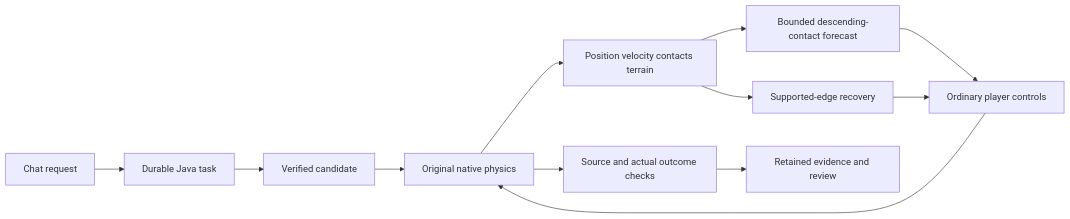
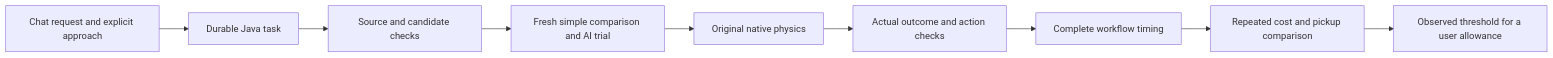
Before and after one commit to eyeoverthink/Fraynix-Agent-Workspace: the diagram in README.md, drawn with Mermaid. The commit also changed other lines of this file and 779 other files, not shown here.

Commit message:
Document edition 123 full-cost pickup choices and retained verification with actual evidence

````diff
--- a/README.md
+++ b/README.md
@@ -138,14 +162,11 @@
 ```mermaid
 flowchart LR
- Chat[Chat request] --> Task[Durable Java task]
- Task --> Source[Verified candidate]
- Source --> World[Original native physics]
- World --> Observe[Position velocity contacts terrain]
- Observe --> Forecast[Bounded descending-contact forecast]
- Observe --> Recovery[Supported-edge recovery]
- Forecast --> Input[Ordinary player controls]
- Recovery --> Input
- Input --> World
- World --> Verify[Source and actual outcome checks]
- Verify --> History[Retained evidence and review]
+ Request[Chat request and explicit approach] --> Task[Durable Java task]
+ Task --> Source[Source and candidate checks]
+ Source --> Compare[Fresh simple comparison and AI trial]
+ Compare --> Native[Original native physics]
+ Native --> Verify[Actual outcome and action checks]
+ Verify --> Measure[Complete workflow timing]
+ Measure --> Analysis[Repeated cost and pickup comparison]
+ Analysis --> Value[Observed threshold for a user allowance]
 ```
````
